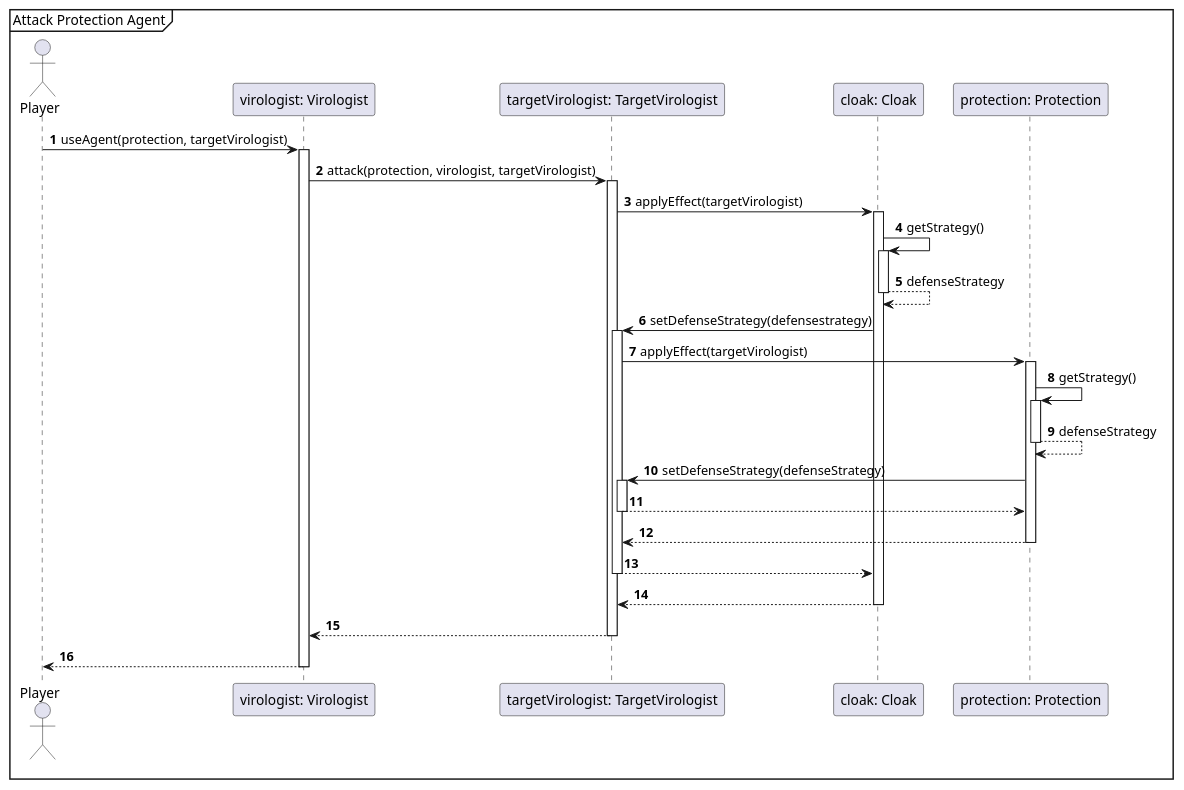
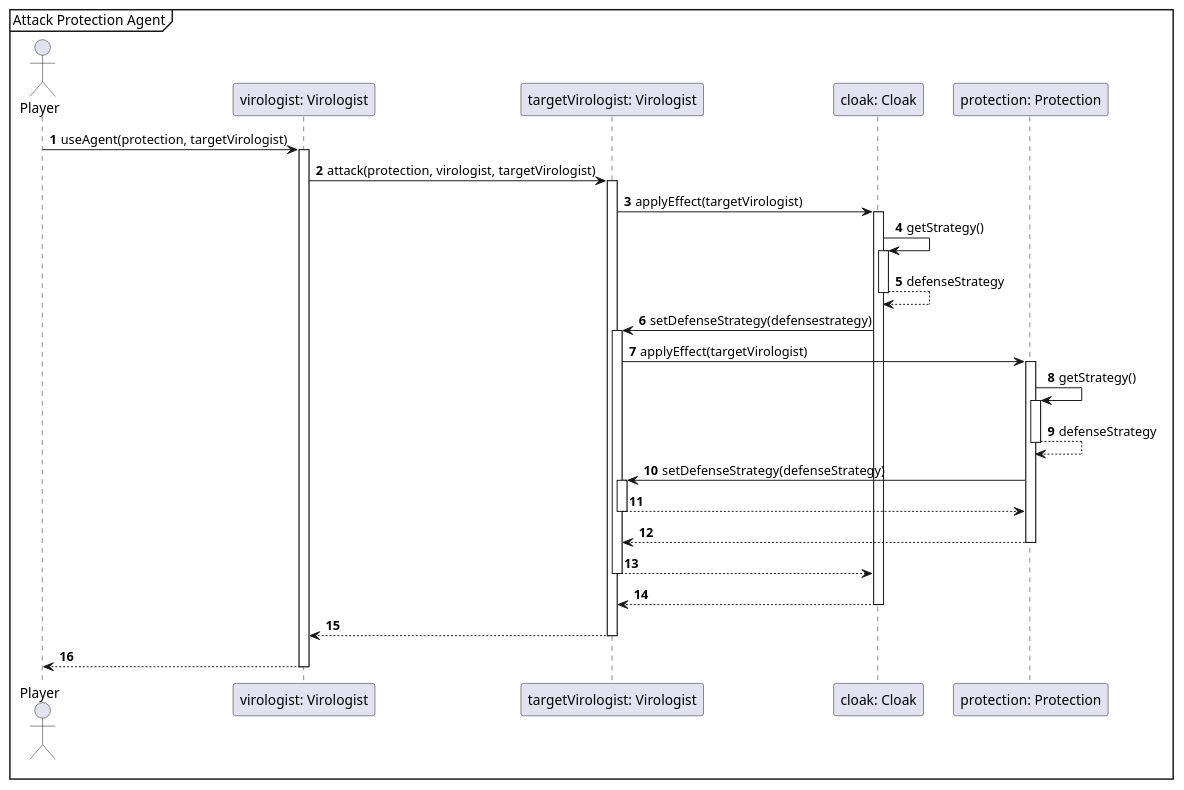
One commit to Projlab-csb/projlab-virologus changed the diagram in Exact Sequence-diagrams/AttackProtectionAgent.puml. Above: the diagram before and after it, drawn with PlantUML. The commit also changed 20 other files, not shown here.

Commit message:
Little changes in sequences

```diff
--- a/Exact Sequence-diagrams/AttackProtectionAgent.puml
+++ b/Exact Sequence-diagrams/AttackProtectionAgent.puml
@@ -1,36 +1,36 @@
 @startuml
 'https://plantuml.com/sequence-diagram
 
 autonumber
 
 mainframe Attack Protection Agent
 
 actor Player
 
 Player -> "virologist: Virologist"++: useAgent(protection, targetVirologist)
-"virologist: Virologist" -> "targetVirologist: TargetVirologist"++: attack(protection, virologist, targetVirologist)
+"virologist: Virologist" -> "targetVirologist: Virologist"++: attack(protection, virologist, targetVirologist)
 
-"targetVirologist: TargetVirologist" -> "cloak: Cloak" ++ : applyEffect(targetVirologist)
+"targetVirologist: Virologist" -> "cloak: Cloak" ++ : applyEffect(targetVirologist)
 
 "cloak: Cloak"  -> "cloak: Cloak" ++ : getStrategy()
 "cloak: Cloak"  --> "cloak: Cloak" -- : defenseStrategy
 
-"cloak: Cloak"  -> "targetVirologist: TargetVirologist"++: setDefenseStrategy(defensestrategy)
+"cloak: Cloak"  -> "targetVirologist: Virologist"++: setDefenseStrategy(defensestrategy)
 
-"targetVirologist: TargetVirologist" -> "protection: Protection"++ : applyEffect(targetVirologist)
+"targetVirologist: Virologist" -> "protection: Protection"++ : applyEffect(targetVirologist)
 
     "protection: Protection" -> "protection: Protection"++ : getStrategy()
     "protection: Protection" --> "protection: Protection"-- : defenseStrategy
 
-    "protection: Protection" -> "targetVirologist: TargetVirologist"++: setDefenseStrategy(defenseStrategy)
-    "targetVirologist: TargetVirologist" --> "protection: Protection"--
- "protection: Protection" --> "targetVirologist: TargetVirologist"--
+    "protection: Protection" -> "targetVirologist: Virologist"++: setDefenseStrategy(defenseStrategy)
+    "targetVirologist: Virologist" --> "protection: Protection"--
+ "protection: Protection" --> "targetVirologist: Virologist"--
 
-"targetVirologist: TargetVirologist" --> "cloak: Cloak"  --
-"cloak: Cloak" --> "targetVirologist: TargetVirologist" --
+"targetVirologist: Virologist" --> "cloak: Cloak"  --
+"cloak: Cloak" --> "targetVirologist: Virologist" --
 
 
-"targetVirologist: TargetVirologist" --> "virologist: Virologist" --
+"targetVirologist: Virologist" --> "virologist: Virologist" --
 
 "virologist: Virologist" --> Player --
 @enduml
```
